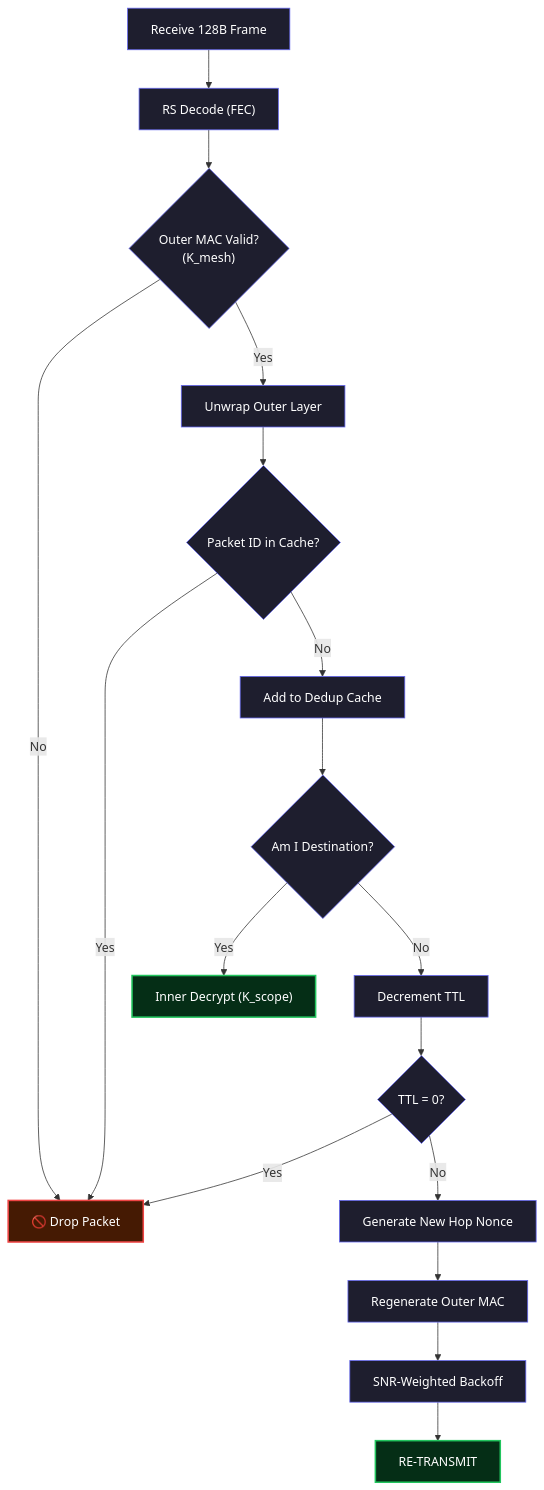
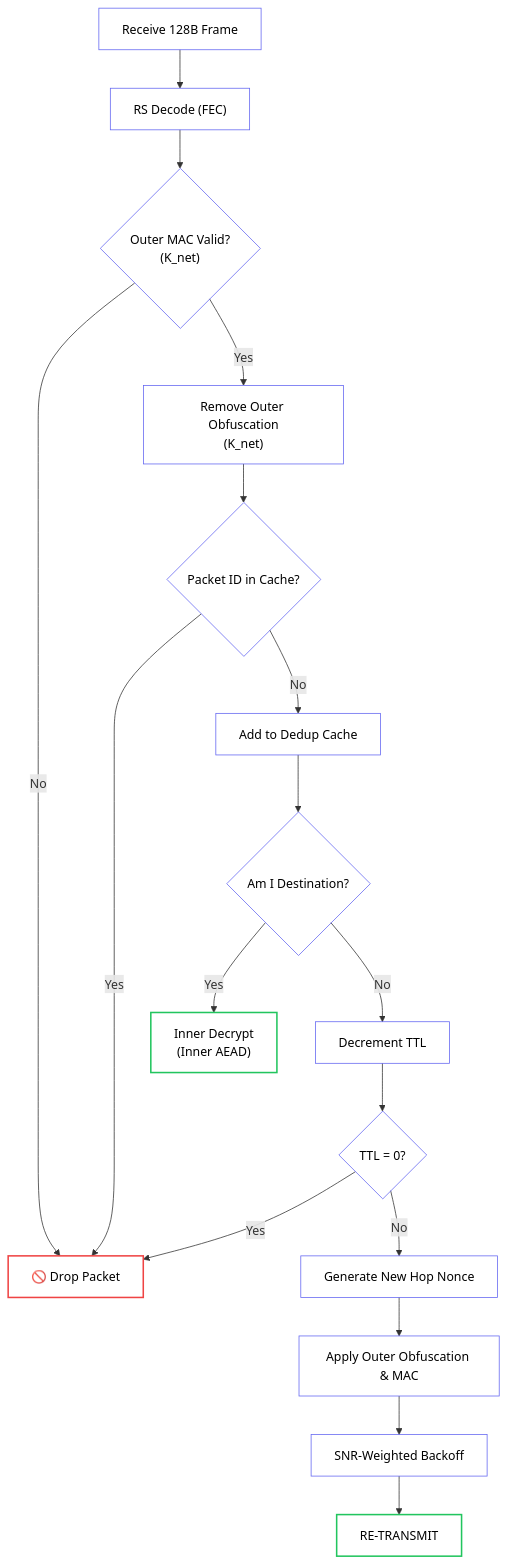
The second of 2 diagrams in src/docs/content/docs/rfc/network/02-routing-flooding.mdx (qshosfw/hermes), drawn with Mermaid before and after one commit. The commit also changed other lines of this file and 29 other files, not shown here.

````diff
--- a/src/docs/content/docs/rfc/network/02-routing-flooding.mdx
+++ b/src/docs/content/docs/rfc/network/02-routing-flooding.mdx
@@ -81,26 +81,27 @@
 ```mermaid
+%%{init: {'themeVariables': {'clusterBkg': 'transparent'}}}%%
 graph TD
     A["Receive 128B Frame"] --> B["RS Decode (FEC)"]
-    B --> C{"Outer MAC Valid?<br/>(K_mesh)"}
+    B --> C{"Outer MAC Valid?<br/>(K_net)"}
     C -- No --> DROP["🚫 Drop Packet"]
-    C -- Yes --> D["Unwrap Outer Layer"]
+    C -- Yes --> D["Remove Outer Obfuscation<br/>(K_net)"]
     D --> E{"Packet ID in Cache?"}
     E -- Yes --> DROP
     E -- No --> F["Add to Dedup Cache"]
     F --> G{"Am I Destination?"}
-    G -- Yes --> H["Inner Decrypt (K_scope)"]
+    G -- Yes --> H["Inner Decrypt<br/>(Inner AEAD)"]
     G -- No --> I["Decrement TTL"]
     I --> J{"TTL = 0?"}
     J -- Yes --> DROP
     J -- No --> K["Generate New Hop Nonce"]
-    K --> L["Regenerate Outer MAC"]
+    K --> L["Apply Outer Obfuscation & MAC"]
     L --> M["SNR-Weighted Backoff"]
     M --> N["RE-TRANSMIT"]
 
-    classDef normal fill:#1e1e2e,stroke:#6366f1,stroke-width:1px,color:white
-    classDef drop fill:#451a03,stroke:#ef4444,stroke-width:2px,color:white
-    classDef good fill:#052e16,stroke:#22c55e,stroke-width:2px,color:white
+    classDef normal fill:transparent,stroke:#6366f1,stroke-width:1px,color:inherit
+    classDef drop fill:transparent,stroke:#ef4444,stroke-width:2px,color:inherit
+    classDef good fill:transparent,stroke:#22c55e,stroke-width:2px,color:inherit
     class A,B,C,D,E,F,G,I,J,K,L,M normal
     class DROP drop
     class H,N good
 ```
````
